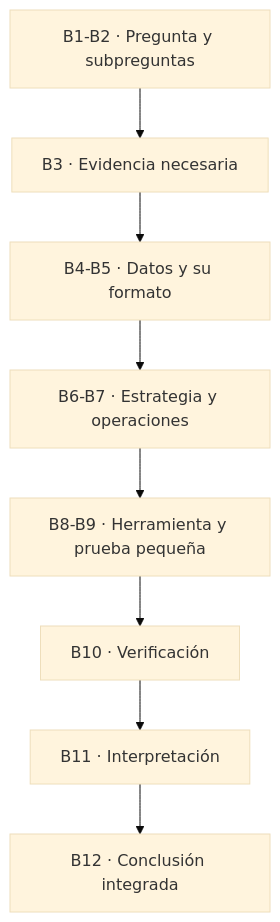
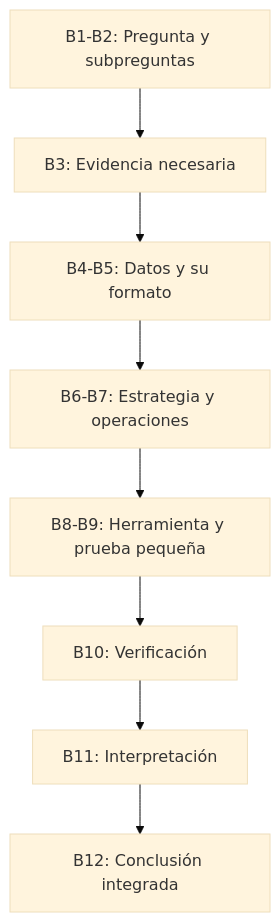
The diagram in curso-quarto/u1-s1-documentar-markdown-fases.md (Helysalgado/introbioinfo-unix), drawn with Mermaid (base theme) before and after one commit.

Commit message:
Fix S1 Mermaid flowchart syntax for Quarto rendering.
Quote node labels and replace middle dots so Mermaid 10.9.1 parses the process B diagram without syntax errors.

````diff
--- a/curso-quarto/u1-s1-documentar-markdown-fases.md
+++ b/curso-quarto/u1-s1-documentar-markdown-fases.md
@@ -399,10 +399,10 @@
 ```mermaid
 flowchart TD
-  P[B1-B2 · Pregunta y subpreguntas] --> E[B3 · Evidencia necesaria]
-  E --> D[B4-B5 · Datos y su formato]
-  D --> Est[B6-B7 · Estrategia y operaciones]
-  Est --> H[B8-B9 · Herramienta y prueba pequeña]
-  H --> V[B10 · Verificación]
-  V --> I[B11 · Interpretación]
-  I --> C[B12 · Conclusión integrada]
+  P["B1-B2: Pregunta y subpreguntas"] --> E["B3: Evidencia necesaria"]
+  E --> D["B4-B5: Datos y su formato"]
+  D --> S67["B6-B7: Estrategia y operaciones"]
+  S67 --> H["B8-B9: Herramienta y prueba pequeña"]
+  H --> V["B10: Verificación"]
+  V --> I["B11: Interpretación"]
+  I --> C["B12: Conclusión integrada"]
 ```
````
